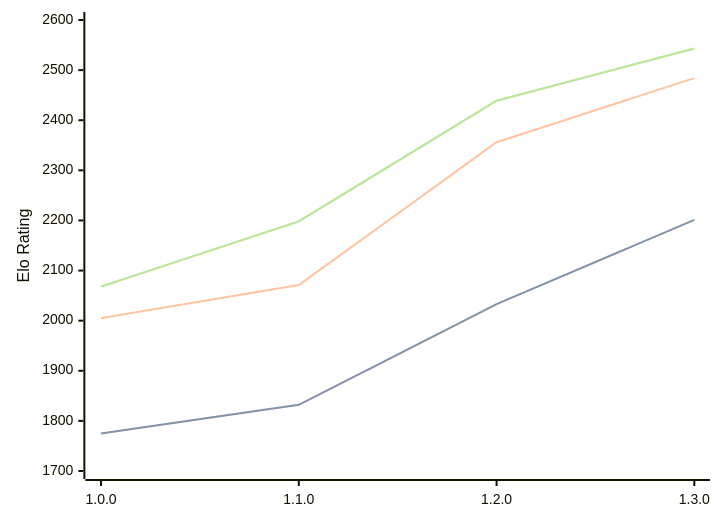
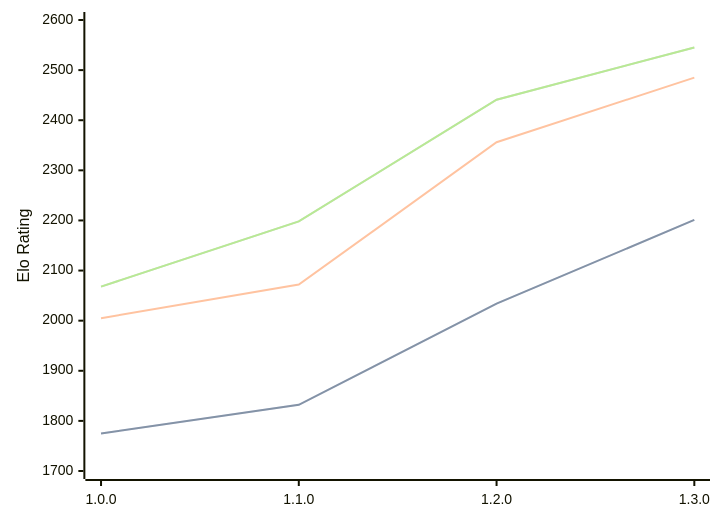
One commit to computer-chess-index/cci changed the diagram in engines/Anodos.md. Above: the diagram before and after it, drawn with Mermaid. The commit also changed other lines of this file, not shown here.

Commit message:
Update CCI Ratings (ELO VLTC) - 2026-05-06

````diff
--- a/engines/Anodos.md
+++ b/engines/Anodos.md
@@ -45,11 +45,11 @@
 ```mermaid
 %%{init: {"theme":"base","themeVariables":{"seriesColors:['#a3a3a3','#222221','#faa371']}}}%%
 xychart-beta
   x-axis ["1.0.0", "1.1.0", "1.2.0", "1.3.0"]
   y-axis "Elo Rating" 1700 --> 2600
-  line "STC (8.0+0.08s)" [1775, 1832, 2033, 2201]
-  line "STC (8.0+0.08s)" [1775, 1832, 2033, 2201]
-  line "LTC (60.0+0.60s)" [2005, 2071, 2356, 2484]
-  line "VLTC (2m24s+1.12s)" [2068, 2198, 2439, 2543]
-  line "VLTC (2m24s+1.12s)" [2068, 2198, 2439, 2543]
+  line "STC (8.0+0.08s)" [1775, 1832, 2034, 2201]
+  line "STC (8.0+0.08s)" [1775, 1832, 2034, 2201]
+  line "LTC (60.0+0.60s)" [2005, 2072, 2356, 2485]
+  line "VLTC (2m24s+1.12s)" [2068, 2198, 2441, 2545]
+  line "VLTC (2m24s+1.12s)" [2068, 2198, 2441, 2545]
 ```
````
